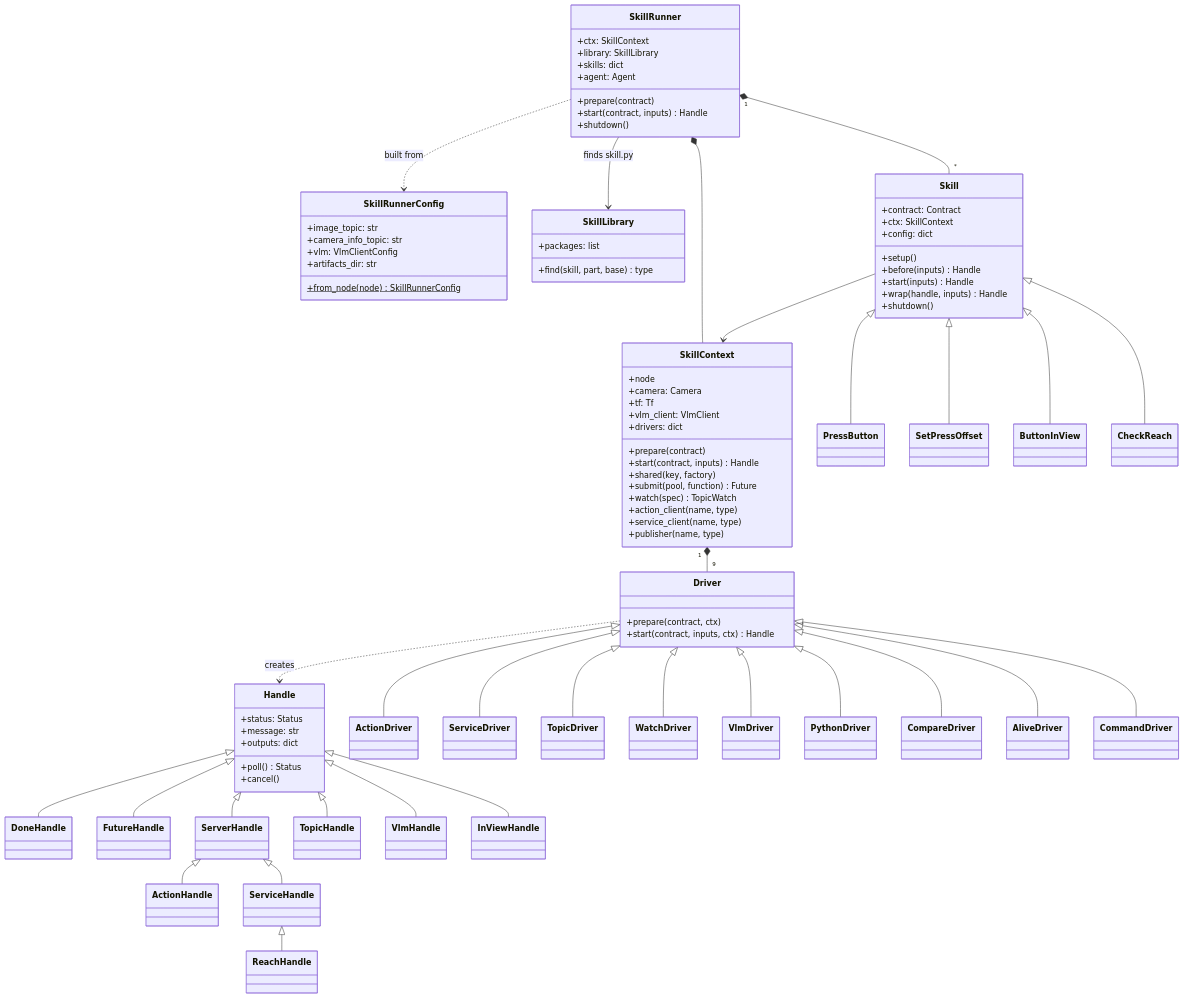
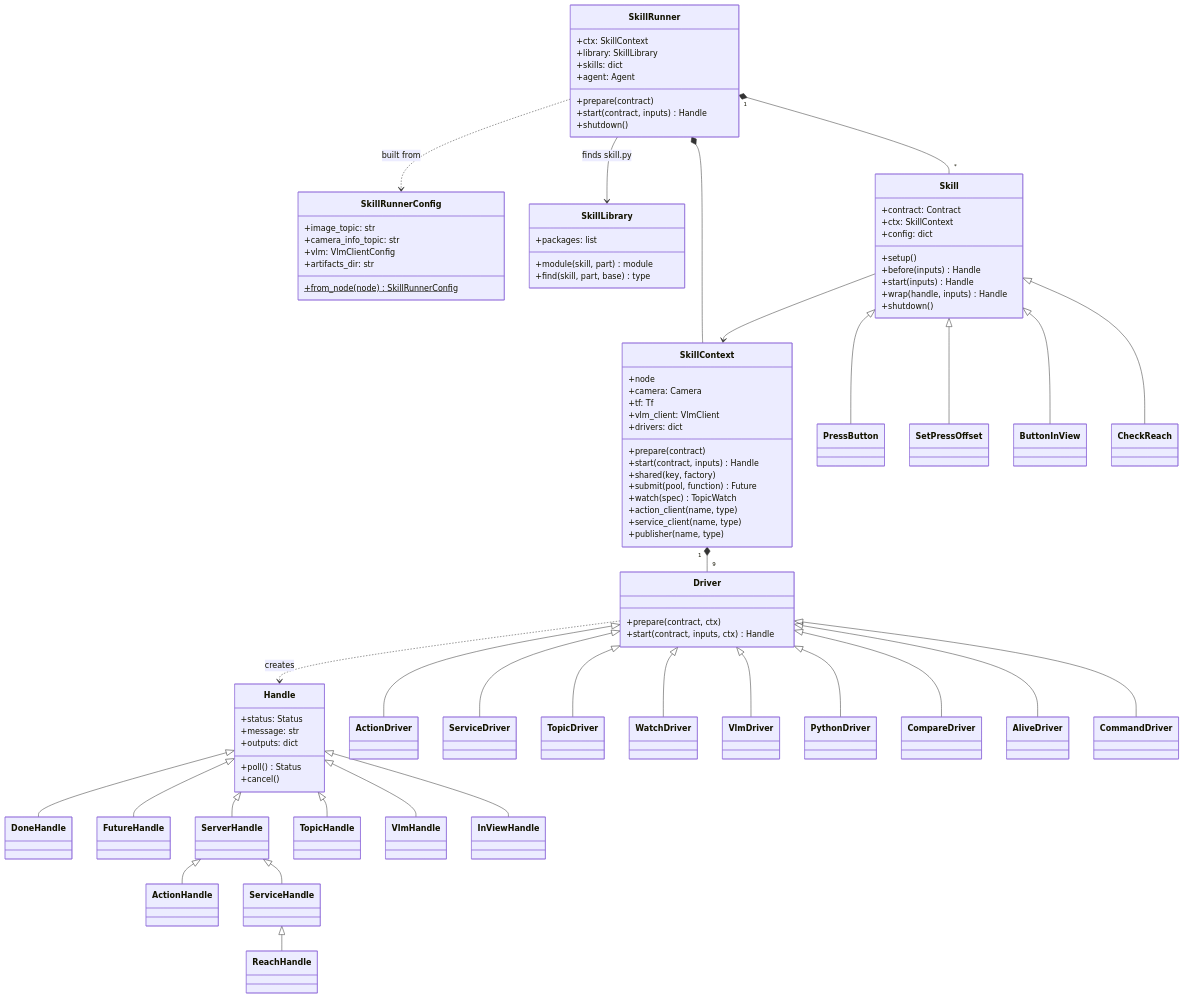
One commit to EigenVectorRobotics/orchestrator changed the second of 5 diagrams in docs/design/classes.md. Above: the diagram before and after it, drawn with Mermaid. The commit also changed other lines of this file and 73 other files, not shown here.

```diff
--- a/docs/design/classes.md
+++ b/docs/design/classes.md
@@ -115,6 +115,7 @@
   }
   class SkillLibrary {
     +packages: list
+    +module(skill, part) module
     +find(skill, part, base) type
   }
   class Skill {
```
